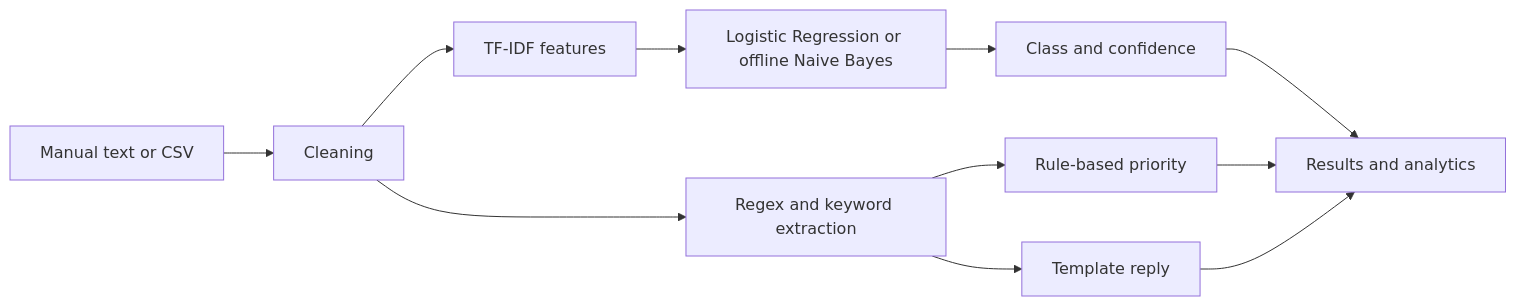
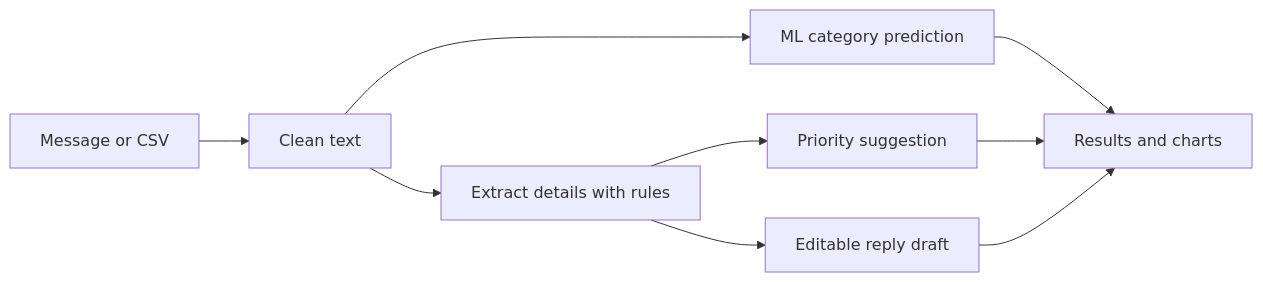
Before and after one commit to DhananjayRaut204/Revio-Management-System: the diagram in README.md, drawn with Mermaid. The commit also changed other lines of this file and 1 other file, not shown here.

````diff
--- a/README.md
+++ b/README.md
@@ -21,13 +22,11 @@
 ```mermaid
 flowchart LR
- A[Manual text or CSV] --> B[Cleaning]
- B --> C[TF-IDF features]
- C --> D[Logistic Regression or offline Naive Bayes]
- D --> E[Class and confidence]
- B --> F[Regex and keyword extraction]
- F --> G[Rule-based priority]
- E --> H[Results and analytics]
- G --> H
- F --> I[Template reply]
- I --> H
+    A[Message or CSV] --> B[Clean text]
+    B --> C[ML category prediction]
+    B --> D[Extract details with rules]
+    D --> E[Priority suggestion]
+    C --> F[Results and charts]
+    E --> F
+    D --> G[Editable reply draft]
+    G --> F
 ```
````
